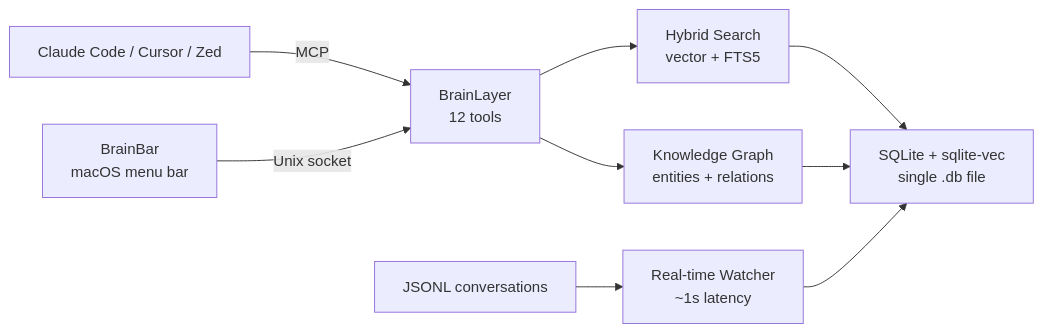
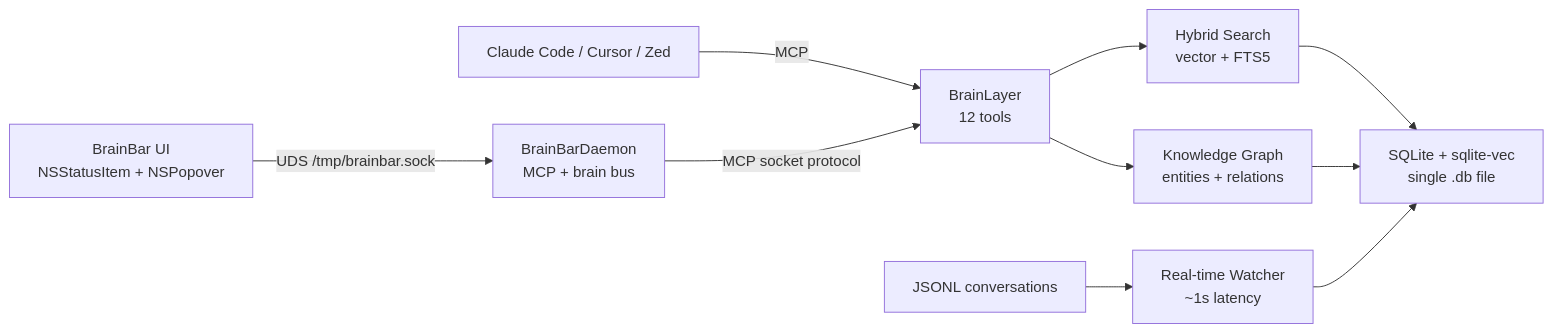
The first of 2 diagrams in README.md (EtanHey/brainlayer), drawn with Mermaid before and after one commit. The commit also changed other lines of this file and 68 other files, not shown here.

Commit message:
refactor: split BrainBar daemon and UI

````diff
--- a/README.md
+++ b/README.md
@@ -105,11 +105,12 @@
 ```mermaid
 graph LR
     A["Claude Code / Cursor / Zed"] -->|MCP| B["BrainLayer<br/>12 tools"]
     B --> C["Hybrid Search<br/>vector + FTS5"]
     C --> D["SQLite + sqlite-vec<br/>single .db file"]
     B --> KG["Knowledge Graph<br/>entities + relations"]
     KG --> D
     E["JSONL conversations"] --> W["Real-time Watcher<br/>~1s latency"]
     W --> D
-    I["BrainBar<br/>macOS menu bar"] -->|Unix socket| B
+    I["BrainBar UI<br/>NSStatusItem + NSPopover"] -->|UDS /tmp/brainbar.sock| BB["BrainBarDaemon<br/>MCP + brain bus"]
+    BB -->|MCP socket protocol| B
 ```
````
